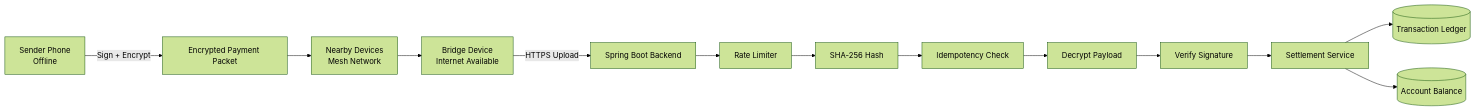
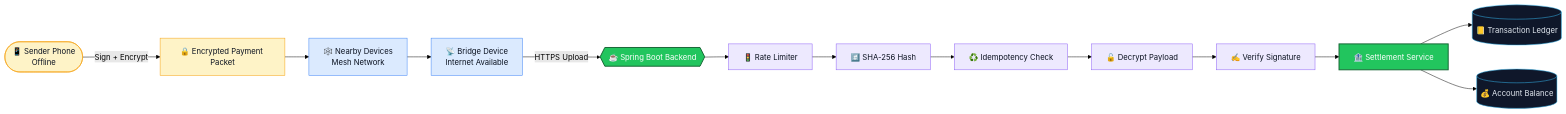
Before and after one commit to i-Anurag1/OffPay: the second of 11 diagrams in README.md, drawn with Mermaid (forest theme). The commit also changed other lines of this file, not shown here.

````diff
--- a/README.md
+++ b/README.md
@@ -54,27 +113,28 @@
 ```mermaid
 flowchart LR
+    A(["📱 Sender Phone<br/>Offline"]) -->|"Sign + Encrypt"| B["🔒 Encrypted Payment Packet"]
+    B --> C["🕸️ Nearby Devices<br/>Mesh Network"]
+    C --> D["📡 Bridge Device<br/>Internet Available"]
+    D -->|"HTTPS Upload"| E{{"☕ Spring Boot Backend"}}
 
-A[Sender Phone<br/>Offline] -->|Sign + Encrypt| B[Encrypted Payment Packet]
+    E --> F["🚦 Rate Limiter"]
+    F --> G["#️⃣ SHA-256 Hash"]
+    G --> H["♻️ Idempotency Check"]
+    H --> I["🔓 Decrypt Payload"]
+    I --> J["✍️ Verify Signature"]
+    J --> K["🏦 Settlement Service"]
 
-B --> C[Nearby Devices<br/>Mesh Network]
+    K --> L[("📒 Transaction Ledger")]
+    K --> M[("💰 Account Balance")]
 
-C --> D[Bridge Device<br/>Internet Available]
-
-D -->|HTTPS Upload| E[Spring Boot Backend]
-
-E --> F[Rate Limiter]
-
-F --> G[SHA-256 Hash]
-
-G --> H[Idempotency Check]
-
-H --> I[Decrypt Payload]
-
-I --> J[Verify Signature]
-
-J --> K[Settlement Service]
-
-K --> L[(Transaction Ledger)]
-
-K --> M[(Account Balance)]
+    classDef edge fill:#FEF3C7,stroke:#F59E0B,color:#0B1220
+    classDef net fill:#DBEAFE,stroke:#3B82F6,color:#0B1220
+    classDef core fill:#22C55E,stroke:#166534,color:#fff,stroke-width:2px
+    classDef guard fill:#EDE9FE,stroke:#8B5CF6,color:#0B1220
+    classDef store fill:#0F172A,stroke:#38BDF8,color:#E2E8F0
+    class A,B edge
+    class C,D net
+    class E,K core
+    class F,G,H,I,J guard
+    class L,M store
 ```
````
